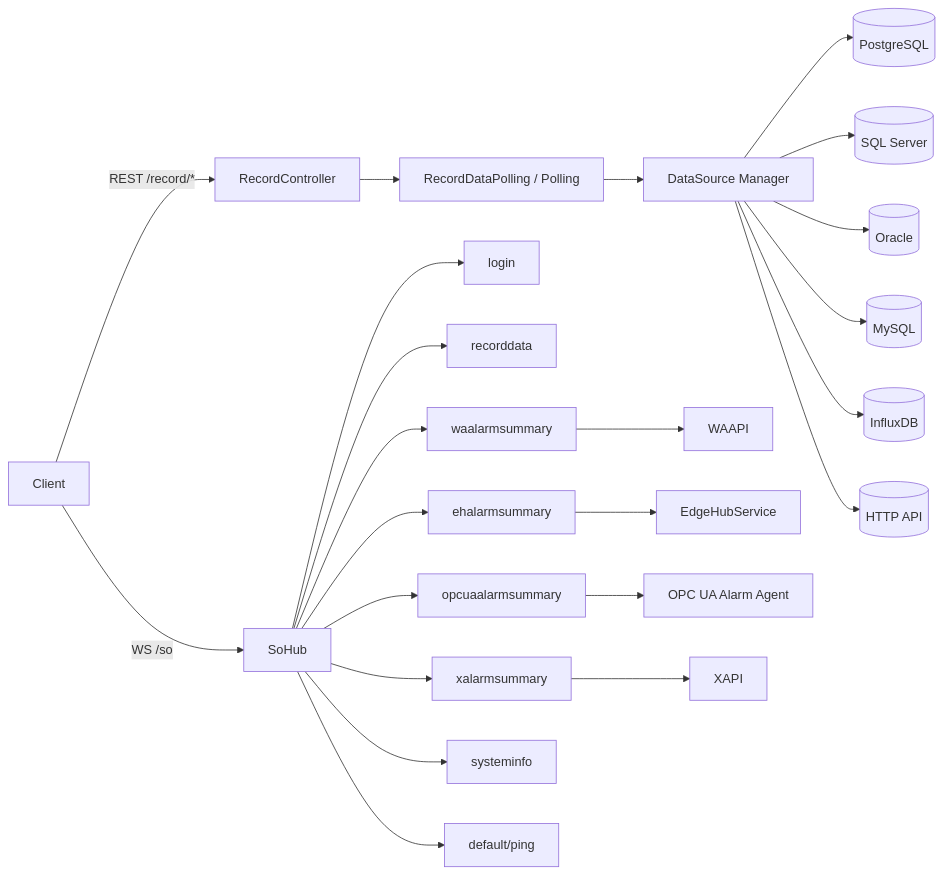
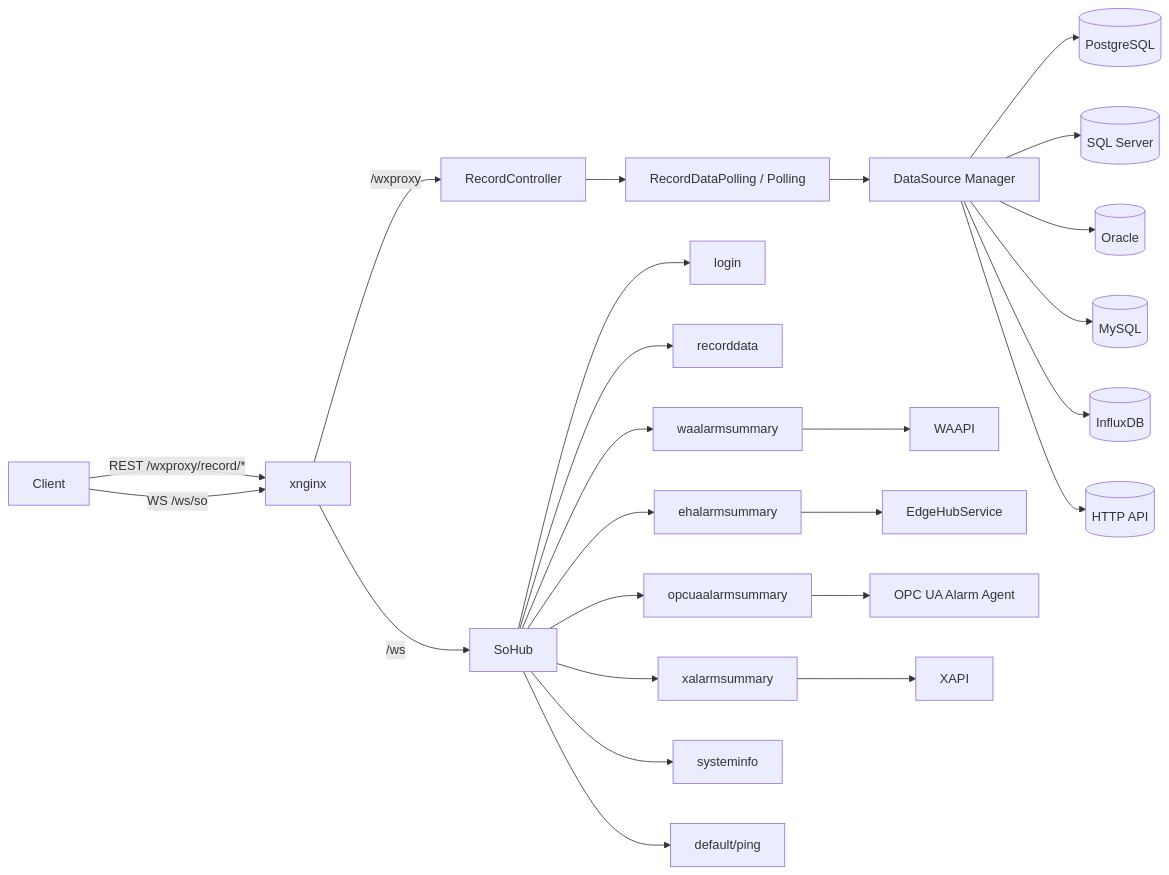
Before and after one commit to PochengChen-del/EdgeViewDoc: the first of 5 diagrams in SDS/05_Runtime_Proxy_Design.md, drawn with Mermaid. The commit also changed other lines of this file and 19 other files, not shown here.

Commit message:
完成 SDS 架構調整，將「地端 xnginx」與「EdgeHub/BI K8s Ingress」明確分流

````diff
--- a/SDS/05_Runtime_Proxy_Design.md
+++ b/SDS/05_Runtime_Proxy_Design.md
@@ -19,25 +19,27 @@
 ```mermaid
 flowchart LR
-    Client -->|REST /record/*| RC[RecordController]
-    Client -->|WS /so| Hub[SoHub]
+    Client -->|REST /wxproxy/record/*| NG[xnginx]
+    Client -->|WS /ws/so| NG
+    NG -->|/wxproxy| RC[RecordController]
+    NG -->|/ws| Hub[SoHub]
     Hub --> Login[login]
     Hub --> Rec[recorddata]
     Hub --> WA[waalarmsummary]
     Hub --> EH[ehalarmsummary]
     Hub --> OPC[opcuaalarmsummary]
     Hub --> X[xalarmsummary]
     Hub --> Sys[systeminfo]
     Hub --> Def[default/ping]
     RC --> RecSvc[RecordDataPolling / Polling]
     RecSvc --> DS[DataSource Manager]
     DS --> PG[(PostgreSQL)]
     DS --> MSSQL[(SQL Server)]
     DS --> ORA[(Oracle)]
     DS --> MY[(MySQL)]
     DS --> Influx[(InfluxDB)]
     DS --> HTTP[(HTTP API)]
     WA --> WAAPI[WAAPI]
     EH --> EHAPI[EdgeHubService]
     OPC --> OPCAPI[OPC UA Alarm Agent]
     X --> XAPI[XAPI]
 ```
````
